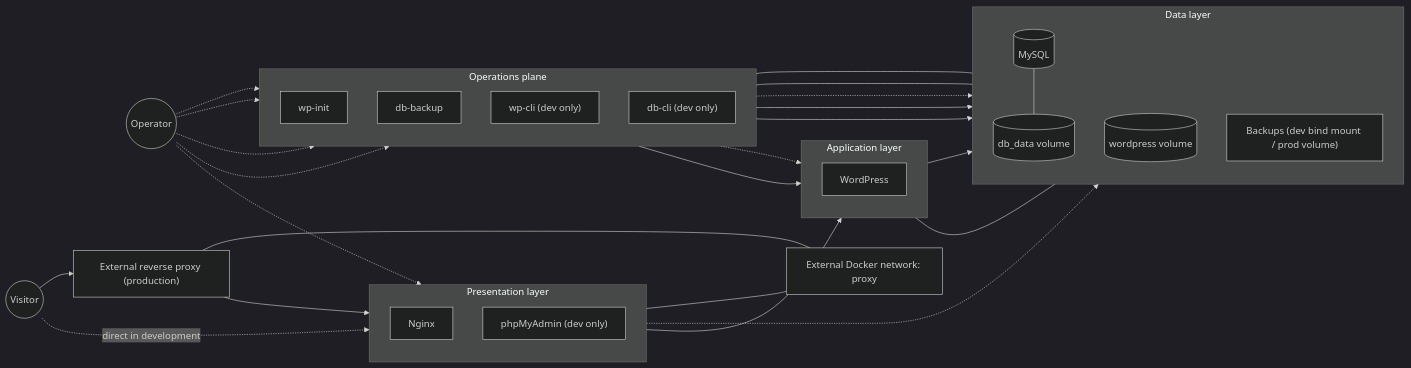
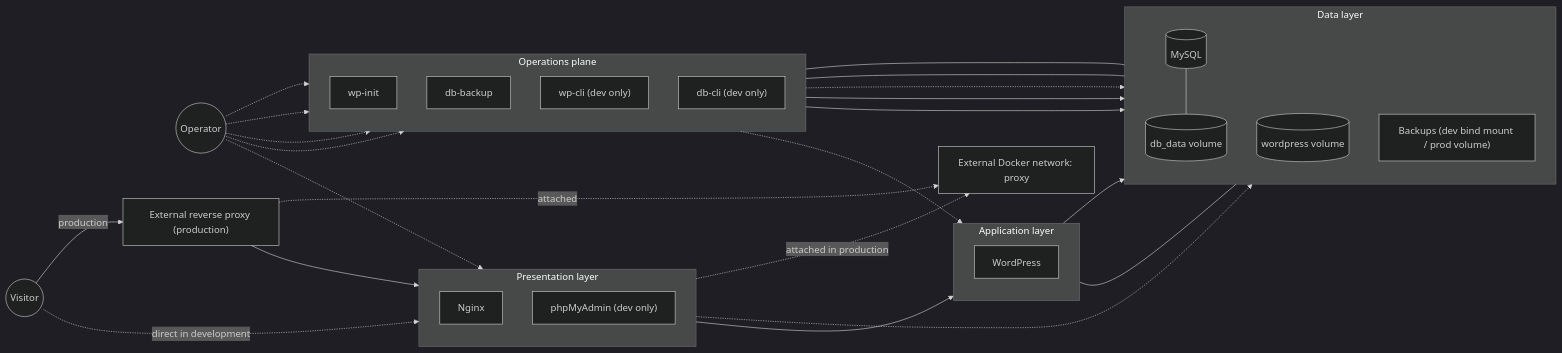
The second of 2 diagrams in README.md (taygumus/wp-docker-stack), drawn with Mermaid (dark theme) before and after one commit. The commit also changed other lines of this file, not shown here.

````diff
--- a/README.md
+++ b/README.md
@@ -237,59 +237,58 @@
 ```mermaid
 flowchart LR
     Visitor((Visitor))
     Operator((Operator))
     Proxy["External reverse proxy (production)"]
     ProxyNet["External Docker network: proxy"]
 
     subgraph Edge["Presentation layer"]
         direction TB
         Nginx[Nginx]
         PMA["phpMyAdmin (dev only)"]
     end
 
     subgraph App["Application layer"]
         direction TB
         WP[WordPress]
     end
 
     subgraph Data["Data layer"]
         direction TB
         DB[(MySQL)]
         V_DB[(db_data volume)]
         V_WP[(wordpress volume)]
         V_BKP["Backups (dev bind mount / prod volume)"]
     end
 
     subgraph Ops["Operations plane"]
         direction TB
         WP_INIT[wp-init]
         DB_BACKUP[db-backup]
         WP_CLI["wp-cli (dev only)"]
         DB_CLI["db-cli (dev only)"]
     end
 
     Visitor -. direct in development .-> Nginx
-    Visitor --> Proxy --> Nginx
-    Proxy --- ProxyNet
-    Nginx --- ProxyNet
+    Visitor -->|production| Proxy --> Nginx
+    Proxy -. attached .-> ProxyNet
+    Nginx -. attached in production .-> ProxyNet
 
     Nginx --> WP --> DB
 
     DB --- V_DB
     WP --- V_WP
     WP_INIT --- V_WP
     DB_BACKUP --- V_BKP
 
     PMA -.-> DB
     WP_CLI -.-> WP
     DB_CLI -.-> DB
-    WP_INIT --> WP
     WP_INIT --> DB
     DB_BACKUP --> DB
 
     Operator -.-> PMA
     Operator -.-> WP_CLI
     Operator -.-> DB_CLI
     Operator -.-> WP_INIT
     Operator -.-> DB_BACKUP
 ```
````
